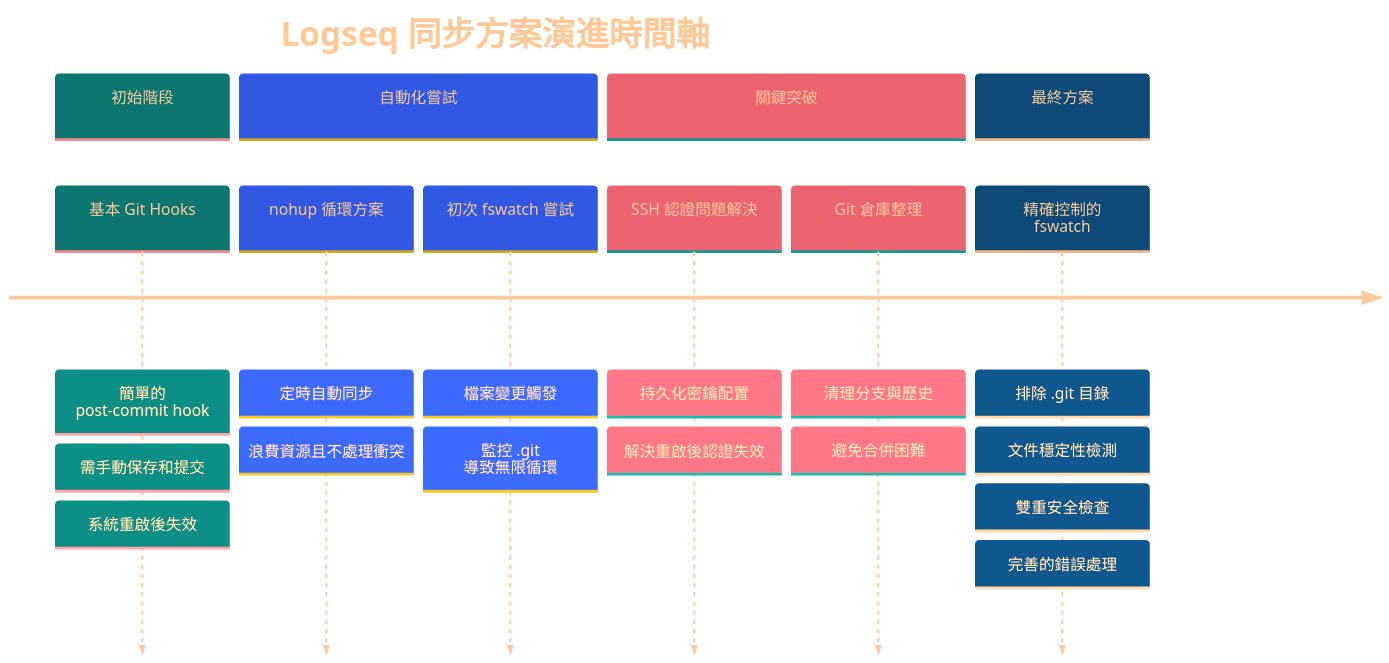
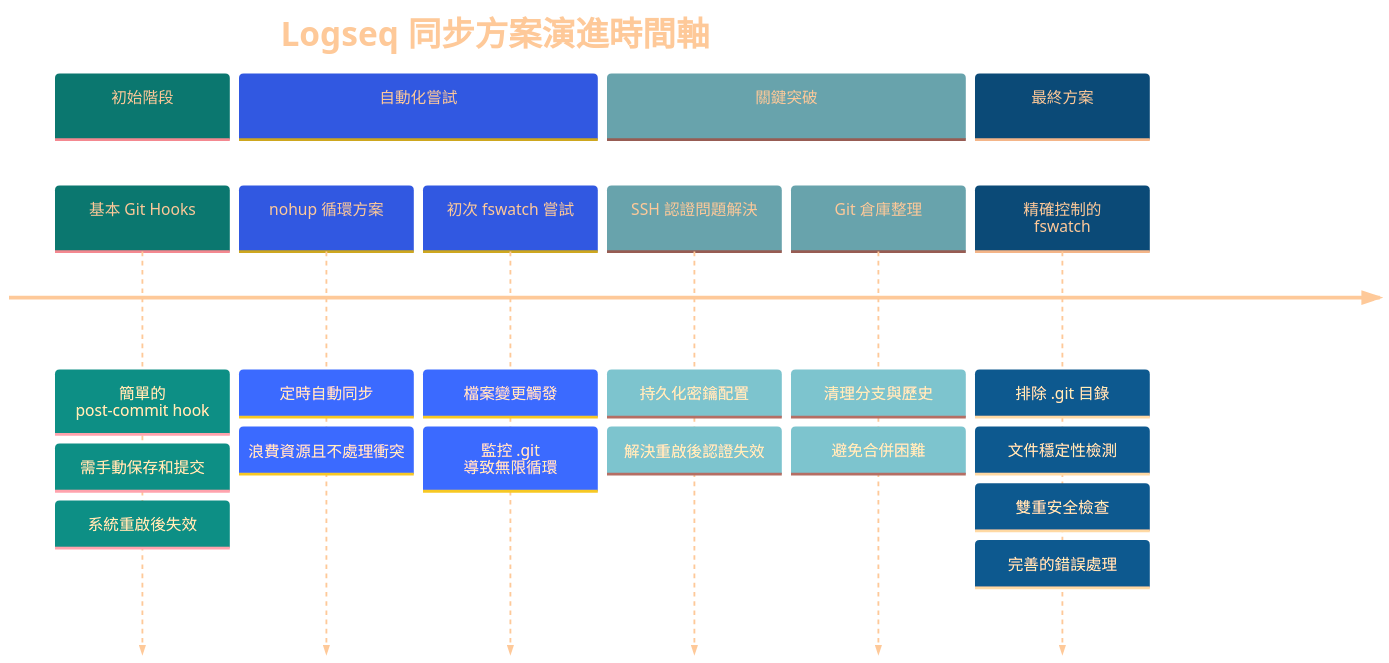
One commit to GengGeng026/Sync-Logseq changed the first of 2 diagrams in Logseq同步方案演進記錄.md. Above: the diagram before and after it, drawn with Mermaid.

Commit message:
Auto-sync: Wed Mar 26 10:13:53 +08 2025

````diff
--- a/Logseq同步方案演進記錄.md
+++ b/Logseq同步方案演進記錄.md
@@ -24,38 +24,38 @@
 ```mermaid
 %%{init: {
   'theme': 'base', 
   'themeVariables': {
     'primaryTextColor': '#FEC999',
     'primaryColor': '#19E9D9',
     'secondaryColor': '#A0B2F1',
-    'tertiaryColor': '#FAD5D9',
+    'tertiaryColor': '#BAD5D9',
     'primaryBorderColor': '#A9D9D9',
     'background': 'transparent',
     'clusterBkg': 'transparent',
     'fontFamily': 'default',
     'fontSize': '17px',
     'fontWeight': 'normal'
   }
 }}%%
 timeline
     title Logseq 同步方案演進時間軸
     section 初始階段
         基本 Git Hooks : 簡單的 post-commit hook
         : 需手動保存和提交
         : 系統重啟後失效
     section 自動化嘗試
         nohup 循環方案 : 定時自動同步
         : 浪費資源且不處理衝突
         初次 fswatch 嘗試 : 檔案變更觸發
         : 監控 .git 導致無限循環
     section 關鍵突破
         SSH 認證問題解決 : 持久化密鑰配置
         : 解決重啟後認證失效
         Git 倉庫整理 : 清理分支與歷史
         : 避免合併困難
     section 最終方案
         精確控制的 fswatch : 排除 .git 目錄
         : 文件穩定性檢測
         : 雙重安全檢查
         : 完善的錯誤處理
 ```
````
